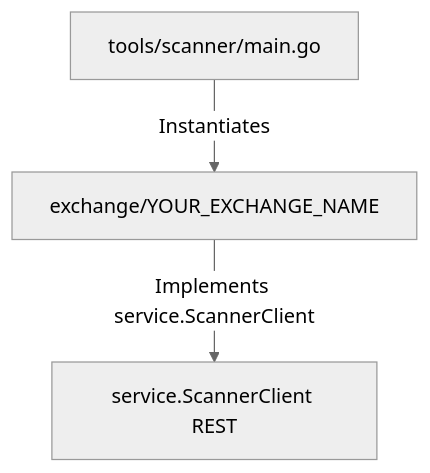
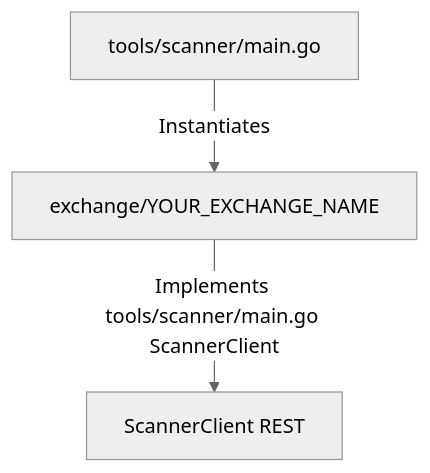
Before and after one commit to dangnmh/crypto-bot: the diagram in docs/tech/onboard_scanner_only.md, drawn with Mermaid (neutral theme). The commit also changed other lines of this file and 29 other files, not shown here.

````diff
--- a/docs/tech/onboard_scanner_only.md
+++ b/docs/tech/onboard_scanner_only.md
@@ -13,5 +11,5 @@
 ```mermaid
 graph TD
     A["tools/scanner/main.go"] -->|Instantiates| B["exchange/YOUR_EXCHANGE_NAME"]
-    B -->|Implements service.ScannerClient| C["service.ScannerClient REST"]
+    B -->|Implements tools/scanner/main.go ScannerClient| C["ScannerClient REST"]
 ```
````
